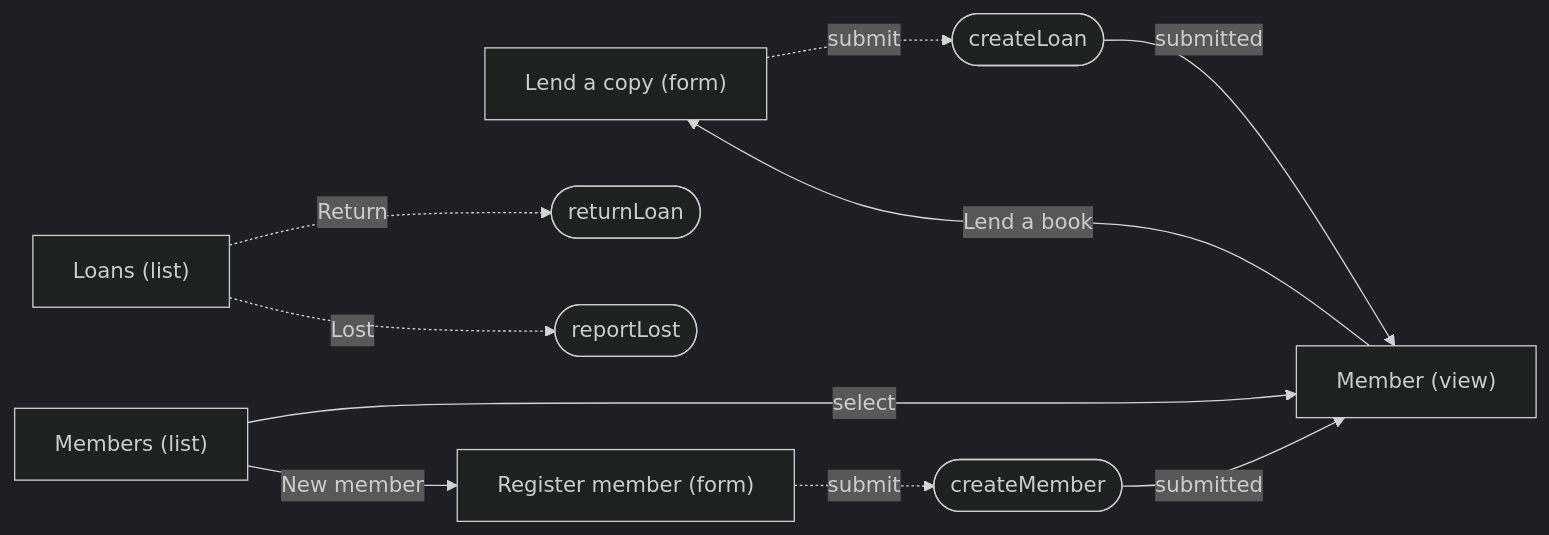
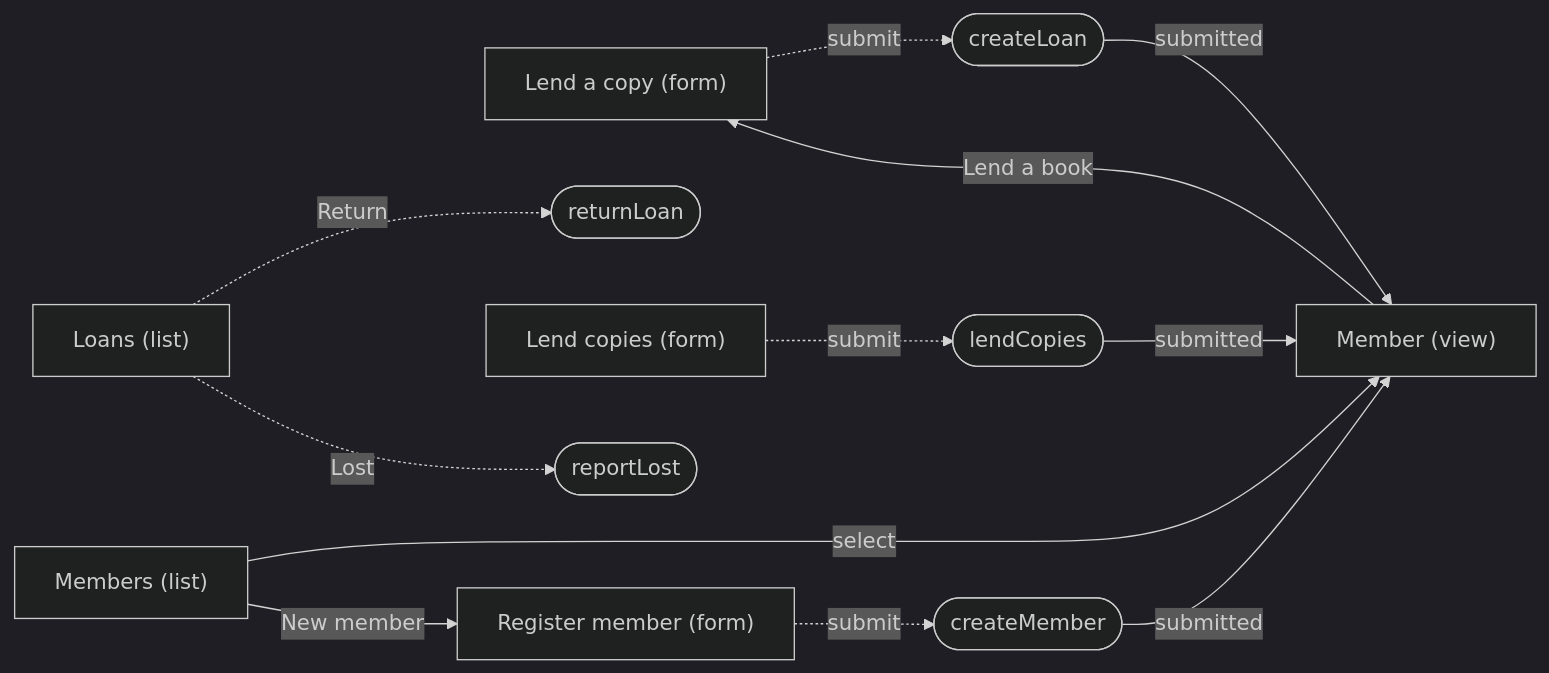
Before and after one commit to SpecArch/specarch: diagram 12 of 13 in examples/library-lending/docs/techspec.md, drawn with Mermaid (dark theme). The commit also changed other lines of this file and 38 other files, not shown here.

````diff
--- a/examples/library-lending/docs/techspec.md
+++ b/examples/library-lending/docs/techspec.md
@@ -646,21 +663,25 @@
 ```mermaid
 flowchart LR
   loan_form["Lend a copy (form)"]
   loans_list["Loans (list)"]
   member_form["Register member (form)"]
+  member_loans["Lend copies (form)"]
   member_view["Member (view)"]
   members_list["Members (list)"]
   op_createLoan(["createLoan"])
   loan_form -.->|"submit"| op_createLoan
   op_createLoan -->|"submitted"| member_view
   op_returnLoan(["returnLoan"])
   loans_list -.->|"Return"| op_returnLoan
   op_reportLost(["reportLost"])
   loans_list -.->|"Lost"| op_reportLost
   op_createMember(["createMember"])
   member_form -.->|"submit"| op_createMember
   op_createMember -->|"submitted"| member_view
+  op_lendCopies(["lendCopies"])
+  member_loans -.->|"submit"| op_lendCopies
+  op_lendCopies -->|"submitted"| member_view
   member_view -->|"Lend a book"| loan_form
   members_list -->|"select"| member_view
   members_list -->|"New member"| member_form
 ```
````
